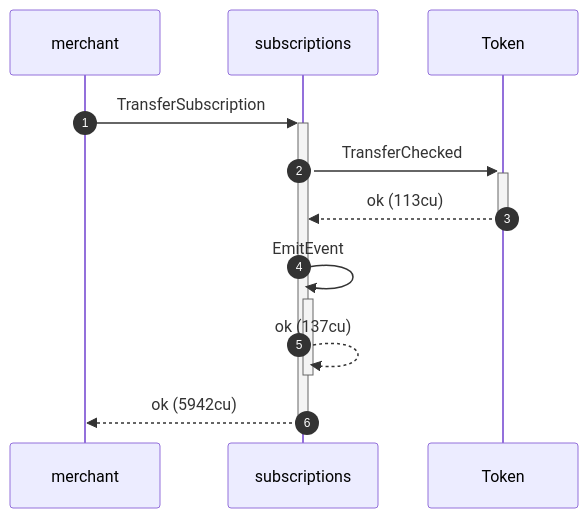
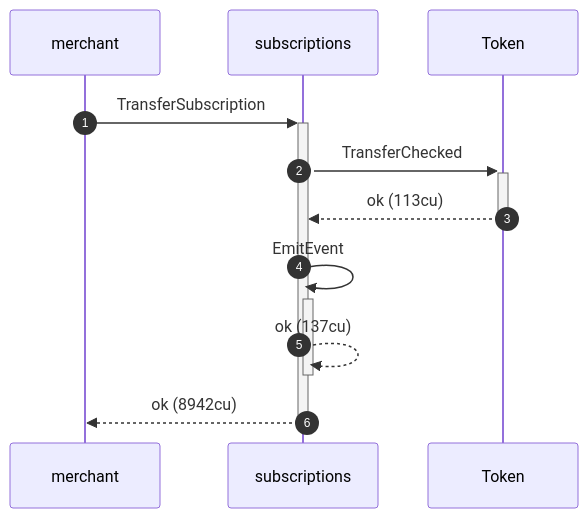
Before and after one commit to cds-rs/subscriptions: the tenth of 12 diagrams in dsl_tests/transfer-subscription--a-sunset-plan-still-allows-pulls.md, drawn with Mermaid. The commit also changed other lines of this file and 224 other files, not shown here.

````diff
--- a/dsl_tests/transfer-subscription--a-sunset-plan-still-allows-pulls.md
+++ b/dsl_tests/transfer-subscription--a-sunset-plan-still-allows-pulls.md
@@ -189,13 +198,13 @@
 ```mermaid
 sequenceDiagram
     autonumber
     participant merchant
     participant subscriptions
     participant Token
     merchant ->>+ subscriptions: TransferSubscription
     subscriptions ->>+ Token: TransferChecked
     Token -->>- subscriptions: ok (113cu)
     subscriptions ->>+ subscriptions: EmitEvent
     subscriptions -->>- subscriptions: ok (137cu)
-    subscriptions -->>- merchant: ok (5942cu)
+    subscriptions -->>- merchant: ok (8942cu)
 ```
````
